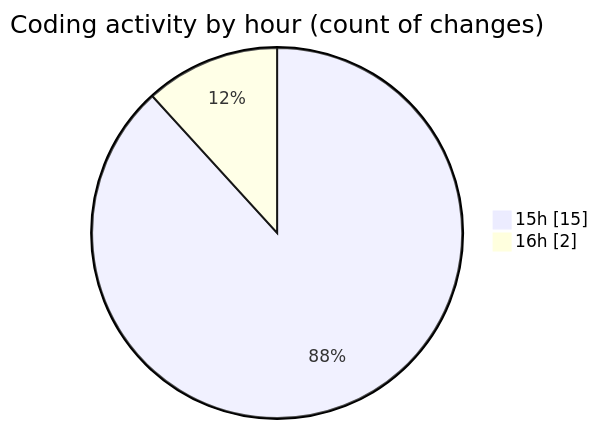
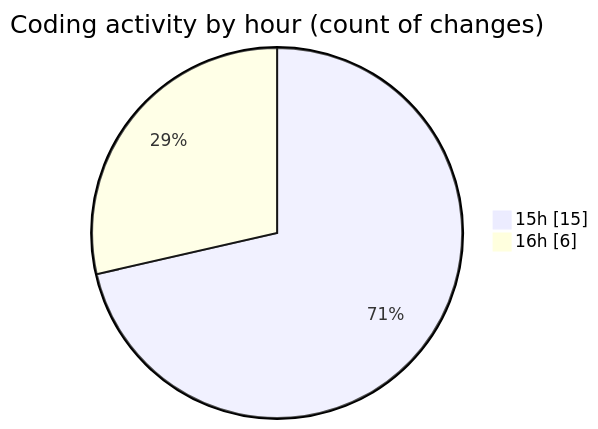
The second of 2 diagrams in 2025-02-25/trackers_app/README.md (donsfak/code-tracking), drawn with Mermaid before and after one commit. The commit also changed other lines of this file and 1 other file, not shown here.

````diff
--- a/2025-02-25/trackers_app/README.md
+++ b/2025-02-25/trackers_app/README.md
@@ -30,6 +30,6 @@
 ```mermaid
 pie showData
 title Coding activity by hour (count of changes)
 "15h" : 15
-"16h" : 2
+"16h" : 6
 ```
````
